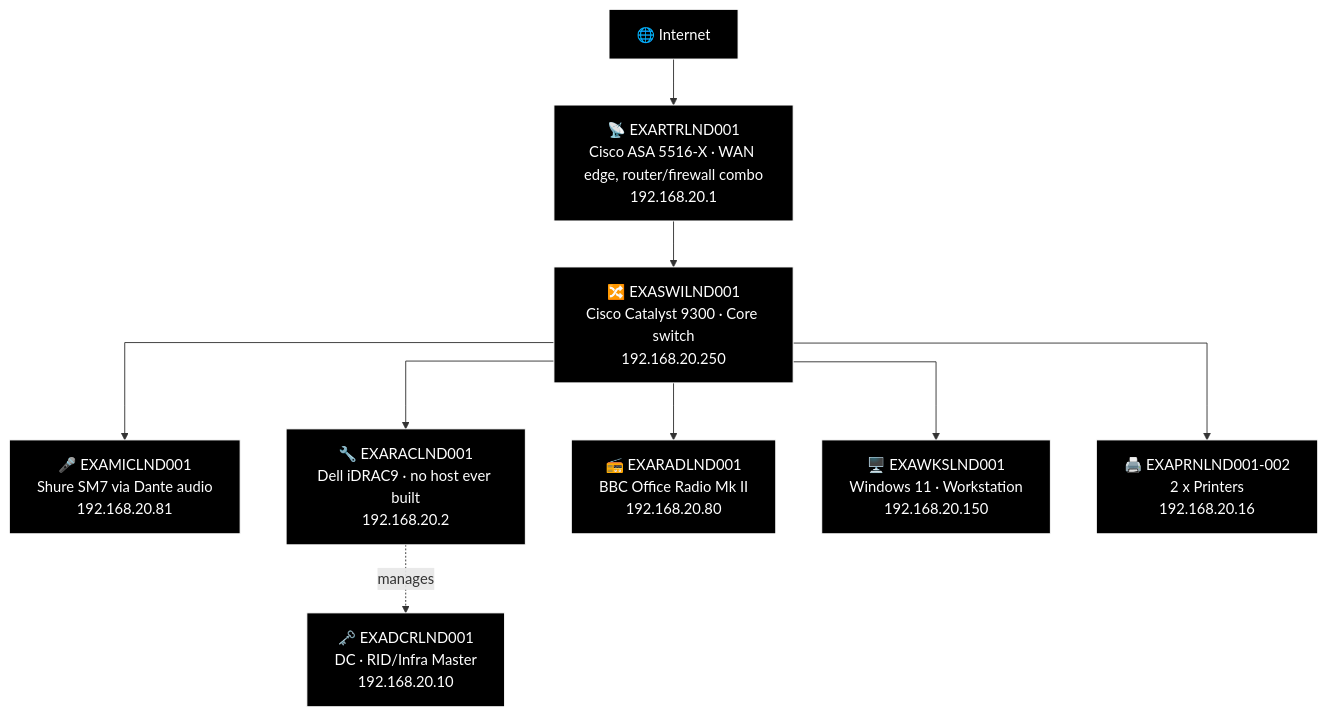
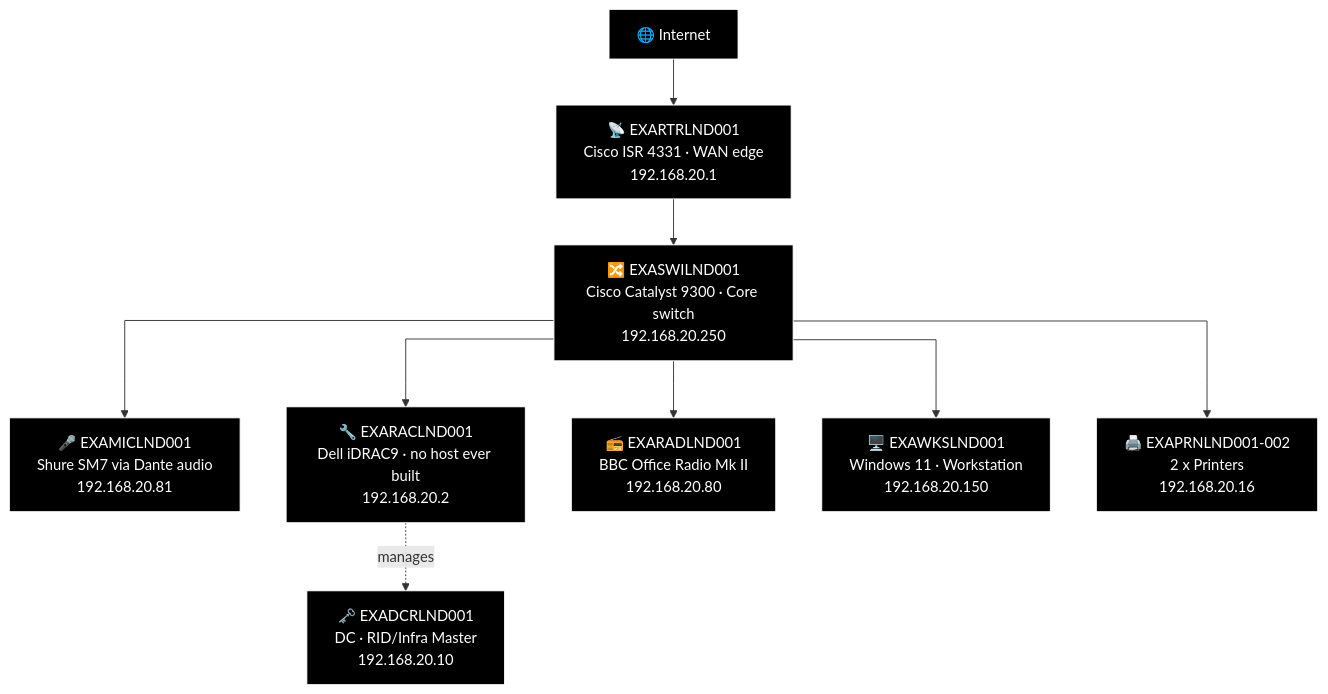
Before and after one commit to knightmare2600/example_music_infra: the first of 27 diagrams in docs/network-diagram/england.md, drawn with Mermaid. The commit also changed other lines of this file and 19 other files, not shown here.

````diff
--- a/docs/network-diagram/england.md
+++ b/docs/network-diagram/england.md
@@ -27,33 +27,33 @@
 ```mermaid
 %% GENERATED:OLDNETWORK:LND:START
 %%{init: {'flowchart': {'curve': 'stepAfter'}}}%%
 graph TD
     O_INET["🌐 Internet"]
-    O_RTR["📡 EXARTRLND001<br/>Cisco ASA 5516-X · WAN edge, router/firewall combo<br/>192.168.20.1"]
+    O_RTR["📡 EXARTRLND001<br/>Cisco ISR 4331 · WAN edge<br/>192.168.20.1"]
     O_SWI["🔀 EXASWILND001<br/>Cisco Catalyst 9300 · Core switch<br/>192.168.20.250"]
     O_DCR["🗝️ EXADCRLND001<br/>DC · RID/Infra Master<br/>192.168.20.10"]
     O_MIC["🎤 EXAMICLND001<br/>Shure SM7 via Dante audio<br/>192.168.20.81"]
     O_RAC["🔧 EXARACLND001<br/>Dell iDRAC9 · no host ever built<br/>192.168.20.2"]
     O_RAD["📻 EXARADLND001<br/>BBC Office Radio Mk II<br/>192.168.20.80"]
     O_WKS["🖥️ EXAWKSLND001<br/>Windows 11 · Workstation<br/>192.168.20.150"]
     O_PRN["🖨️ EXAPRNLND001-002<br/>2 x Printers<br/>192.168.20.16"]
     O_INET --> O_RTR
     O_RTR --> O_SWI
     O_SWI --> O_MIC
     O_SWI --> O_RAC
     O_RAC -.->|"manages"| O_DCR
     O_SWI --> O_RAD
     O_SWI --> O_WKS
     O_SWI --> O_PRN
 
     style O_INET fill:#000000,stroke:#FFFFFF,color:#FFFFFF
     style O_RTR fill:#000000,stroke:#FFFFFF,color:#FFFFFF
     style O_SWI fill:#000000,stroke:#FFFFFF,color:#FFFFFF
     style O_DCR fill:#000000,stroke:#FFFFFF,color:#FFFFFF
     style O_MIC fill:#000000,stroke:#FFFFFF,color:#FFFFFF
     style O_RAC fill:#000000,stroke:#FFFFFF,color:#FFFFFF
     style O_RAD fill:#000000,stroke:#FFFFFF,color:#FFFFFF
     style O_WKS fill:#000000,stroke:#FFFFFF,color:#FFFFFF
     style O_PRN fill:#000000,stroke:#FFFFFF,color:#FFFFFF
 %% GENERATED:OLDNETWORK:LND:END
 ```
````
